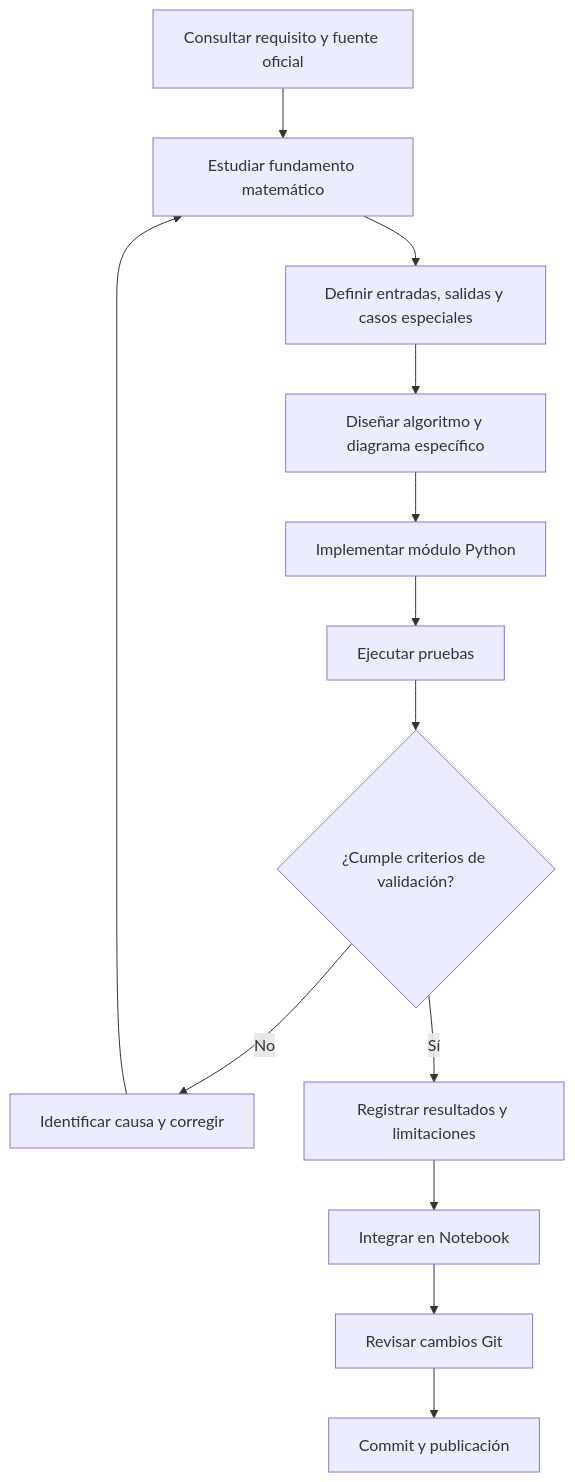
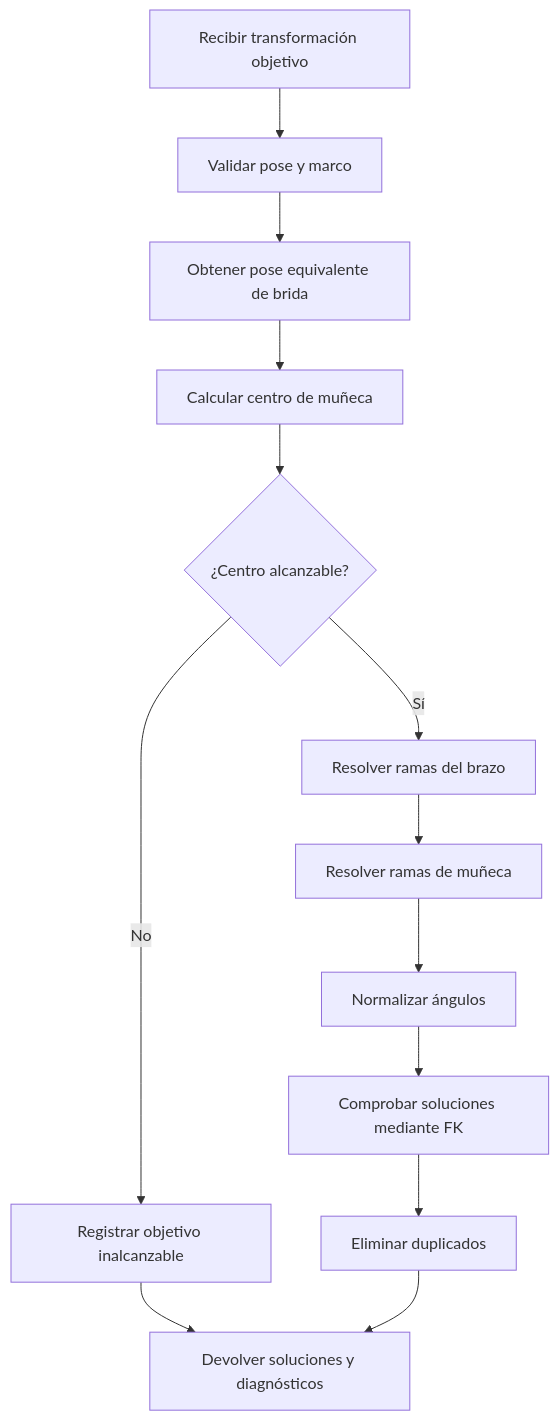
Before and after one commit to mario-nina/planificacion-UCB: the third of 8 diagrams in 2-2026/IMT342/equipo/hitos/hito2/docs/diagramas_flujo.md, drawn with Mermaid. The commit also changed other lines of this file and 6 other files, not shown here.

````diff
--- a/2-2026/IMT342/equipo/hitos/hito2/docs/diagramas_flujo.md
+++ b/2-2026/IMT342/equipo/hitos/hito2/docs/diagramas_flujo.md
@@ -88,28 +53,19 @@
 ```mermaid
-flowchart TB
-    A["Consultar requisito y fuente oficial"]
-    B["Estudiar fundamento matemático"]
-    C["Definir entradas, salidas y casos especiales"]
-    D["Diseñar algoritmo y diagrama específico"]
-    E["Implementar módulo Python"]
-    F["Ejecutar pruebas"]
-    G{"¿Cumple criterios de validación?"}
-    H["Identificar causa y corregir"]
-    I["Registrar resultados y limitaciones"]
-    J["Integrar en Notebook"]
-    K["Revisar cambios Git"]
-    L["Commit y publicación"]
+flowchart TD
+    A["Recibir transformación objetivo"]
+    B["Validar pose y marco"]
+    C["Obtener pose equivalente de brida"]
+    D["Calcular centro de muñeca"]
+    E{"¿Centro alcanzable?"}
+    F["Registrar objetivo inalcanzable"]
+    G["Resolver ramas del brazo"]
+    H["Resolver ramas de muñeca"]
+    I["Normalizar ángulos"]
+    J["Comprobar soluciones mediante FK"]
+    K["Eliminar duplicados"]
+    L["Devolver soluciones y diagnósticos"]
 
-    A --> B
-    B --> C
-    C --> D
-    D --> E
-    E --> F
-    F --> G
-    G -->|No| H
-    H --> B
-    G -->|Sí| I
-    I --> J
-    J --> K
-    K --> L
+    A --> B --> C --> D --> E
+    E -->|No| F --> L
+    E -->|Sí| G --> H --> I --> J --> K --> L
 ```
````
